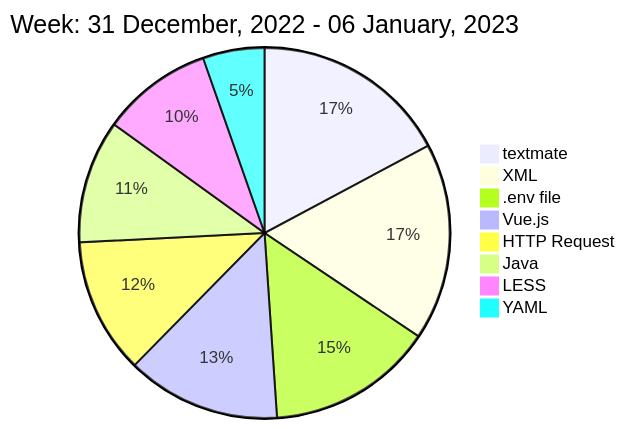
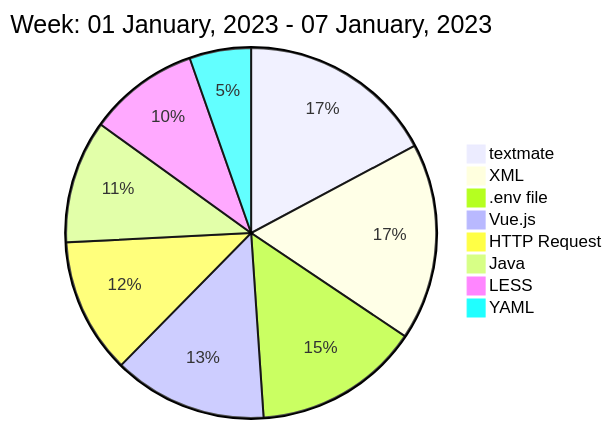
The diagram in README.md (liubin95/liubin95), drawn with Mermaid before and after one commit.

Commit message:
Updated the Graph with new Metrics

````diff
--- a/README.md
+++ b/README.md
@@ -40,12 +40,12 @@
 ```mermaid
  pie
-title Week: 31 December, 2022 - 06 January, 2023
+title Week: 01 January, 2023 - 07 January, 2023
  "textmate" : 0.32
  "XML" : 0.32
  ".env file" : 0.27
  "Vue.js" : 0.25
  "HTTP Request" : 0.22
  "Java" : 0.2
  "LESS" : 0.18
  "YAML" : 0.1
 ```
````
